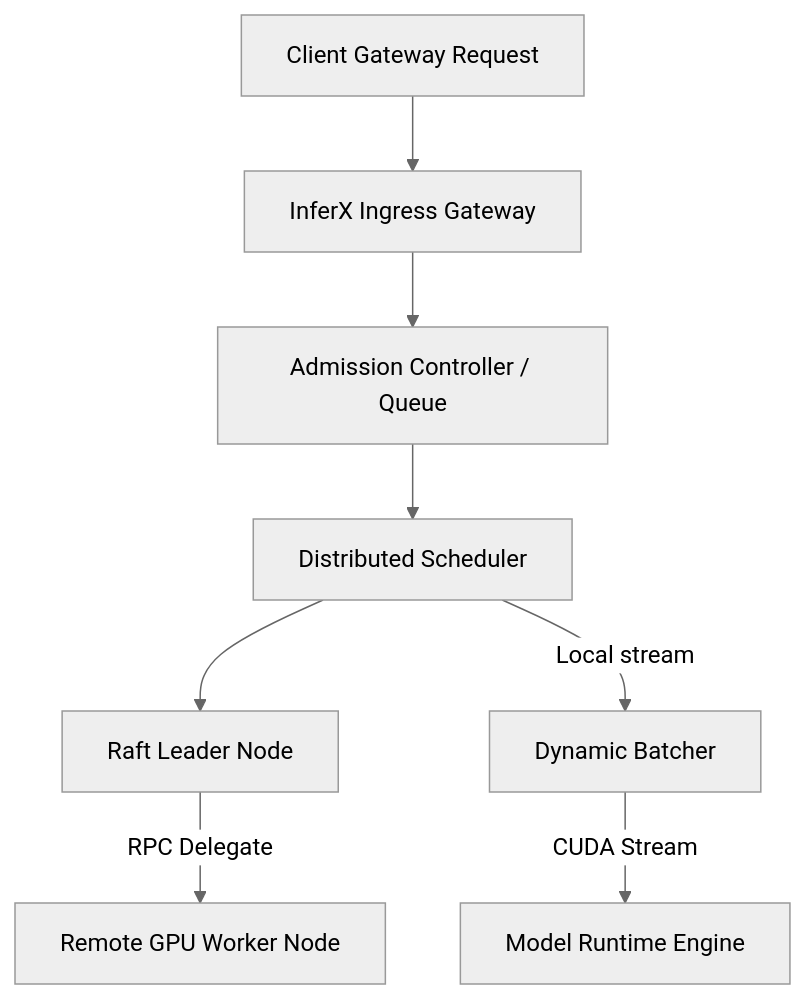
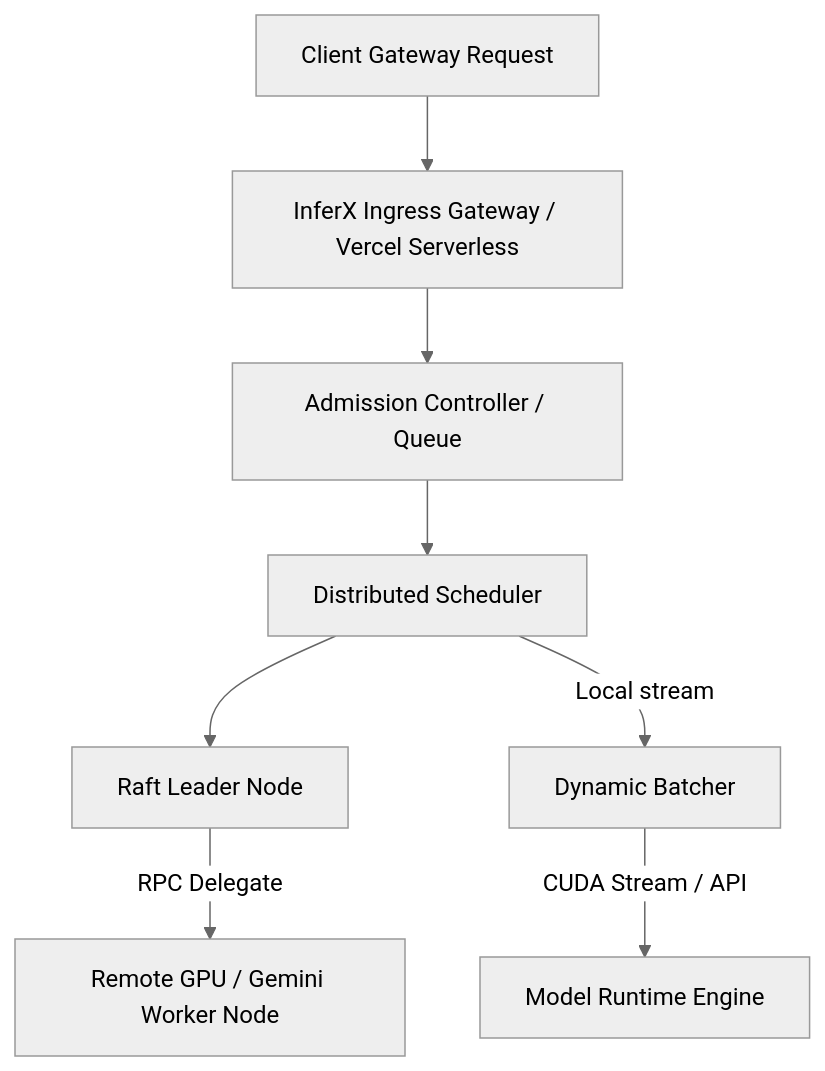
Before and after one commit to Reya-Doshi/InferX: the diagram in README.md, drawn with Mermaid (neutral theme). The commit also changed other lines of this file, not shown here.

Commit message:
Update README.md with live Gemini AI integration and psutil hardware telemetry details

````diff
--- a/README.md
+++ b/README.md
@@ -58,10 +61,10 @@
 ```mermaid
 graph TD
-    Client[Client Gateway Request] --> Gateway[InferX Ingress Gateway]
+    Client[Client Gateway Request] --> Gateway[InferX Ingress Gateway / Vercel Serverless]
     Gateway --> Admission[Admission Controller / Queue]
     Admission --> Scheduler[Distributed Scheduler]
     Scheduler --> Coordinator[Raft Leader Node]
-    Coordinator -->|RPC Delegate| RemoteWorker[Remote GPU Worker Node]
+    Coordinator -->|RPC Delegate| RemoteWorker[Remote GPU / Gemini Worker Node]
     Scheduler -->|Local stream| LocalBatcher[Dynamic Batcher]
-    LocalBatcher -->|CUDA Stream| GPURuntime[Model Runtime Engine]
+    LocalBatcher -->|CUDA Stream / API| GPURuntime[Model Runtime Engine]
 ```
````
